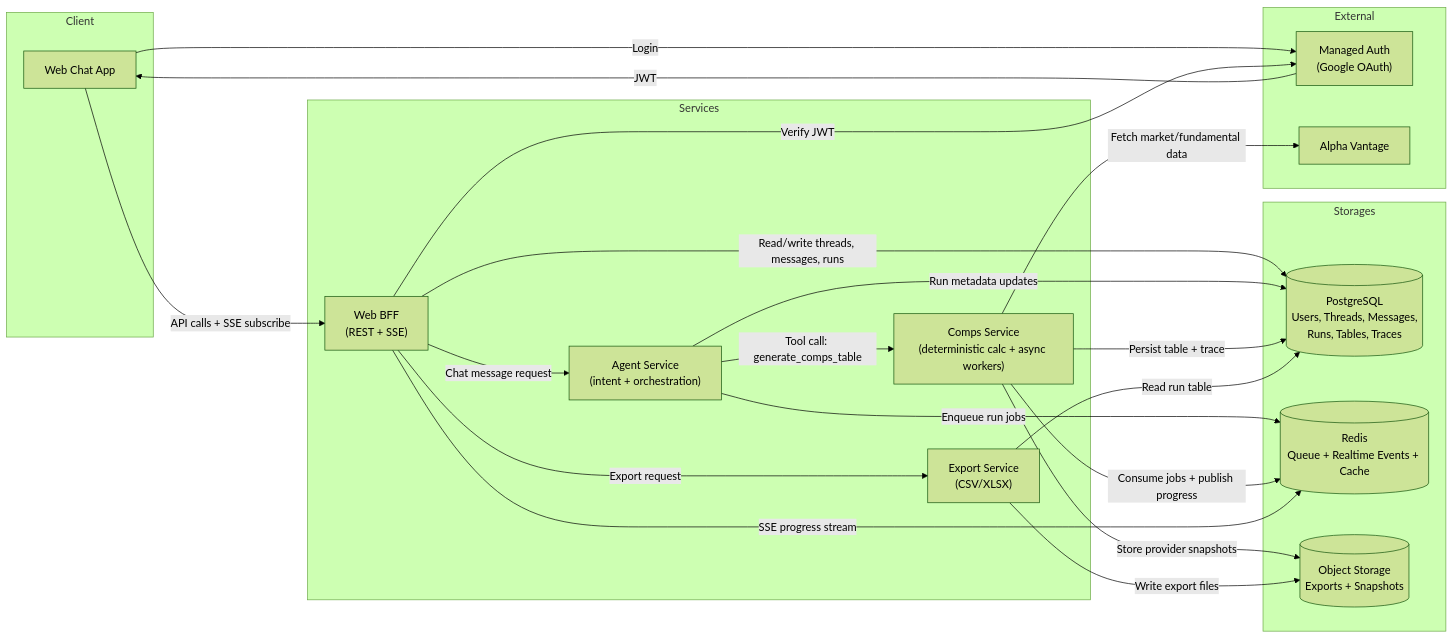
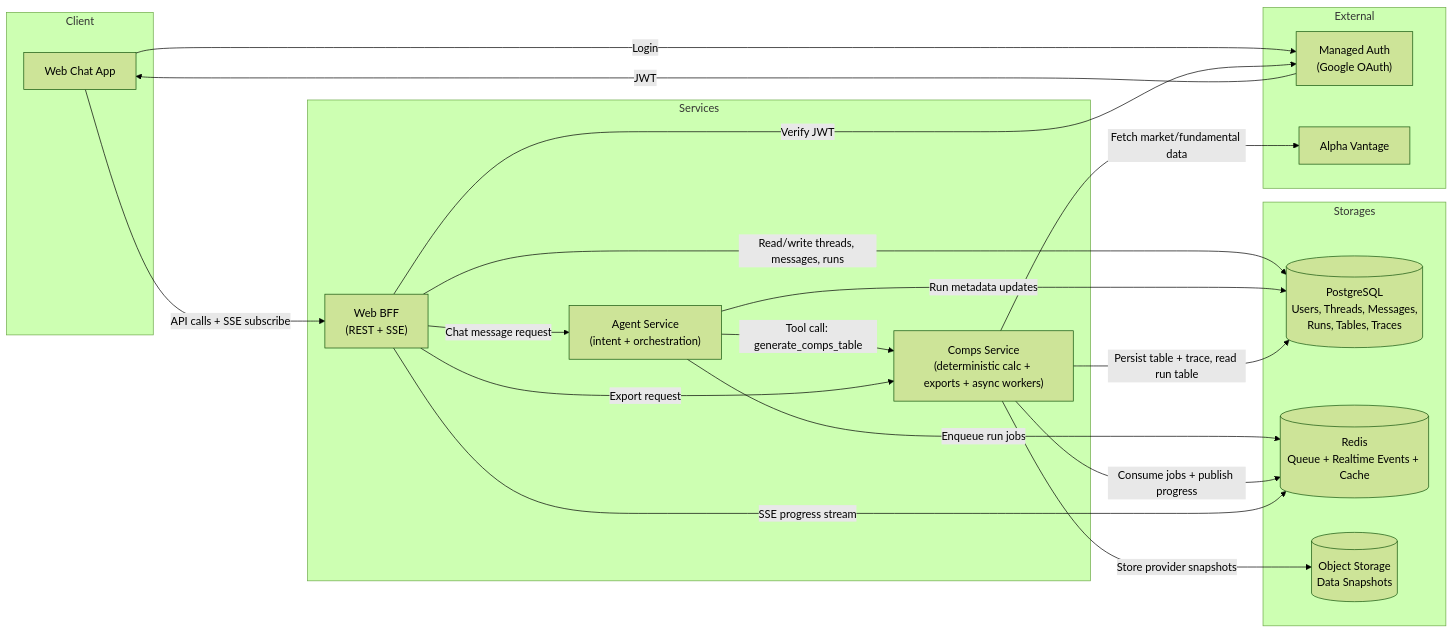
One commit to zer0plus/talk-to-your-stock changed the diagram in docs/adr/ADR-001-mvp-high-level-architecture.md. Above: the diagram before and after it, drawn with Mermaid (forest theme). The commit also changed other lines of this file and 1 other file, not shown here.

Commit message:
docs: align export ownership with comps service

````diff
--- a/docs/adr/ADR-001-mvp-high-level-architecture.md
+++ b/docs/adr/ADR-001-mvp-high-level-architecture.md
@@ -16,46 +16,43 @@
 ```mermaid
 flowchart LR
   subgraph Client
     WEB["Web Chat App"]
   end
 
   subgraph Services
     BFF["Web BFF<br/>(REST + SSE)"]
     AGENT["Agent Service<br/>(intent + orchestration)"]
-    COMPS["Comps Service<br/>(deterministic calc + async workers)"]
-    EXPORT["Export Service<br/>(CSV/XLSX)"]
+    COMPS["Comps Service<br/>(deterministic calc + exports + async workers)"]
   end
 
   subgraph Storages
     PG[("PostgreSQL<br/>Users, Threads, Messages,<br/>Runs, Tables, Traces")]
     REDIS[("Redis<br/>Queue + Realtime Events + Cache")]
-    BLOB[("Object Storage<br/>Exports + Snapshots")]
+    BLOB[("Object Storage<br/>Data Snapshots")]
   end
 
   subgraph External
     AUTH["Managed Auth<br/>(Google OAuth)"]
     AV["Alpha Vantage"]
   end
 
   WEB -->|"API calls + SSE subscribe"| BFF
   WEB -->|"Login"| AUTH
   AUTH -->|"JWT"| WEB
   BFF -->|"Verify JWT"| AUTH
 
   BFF -->|"Chat message request"| AGENT
   AGENT -->|"Tool call: generate_comps_table"| COMPS
-  BFF -->|"Export request"| EXPORT
+  BFF -->|"Export request"| COMPS
 
   BFF -->|"Read/write threads, messages, runs"| PG
   AGENT -->|"Run metadata updates"| PG
-  COMPS -->|"Persist table + trace"| PG
-  EXPORT -->|"Read run table"| PG
+  COMPS -->|"Persist table + trace, read run table"| PG
 
   AGENT -->|"Enqueue run jobs"| REDIS
   COMPS -->|"Consume jobs + publish progress"| REDIS
   BFF -->|"SSE progress stream"| REDIS
 
   COMPS -->|"Fetch market/fundamental data"| AV
   COMPS -->|"Store provider snapshots"| BLOB
-  EXPORT -->|"Write export files"| BLOB
 ```
````
